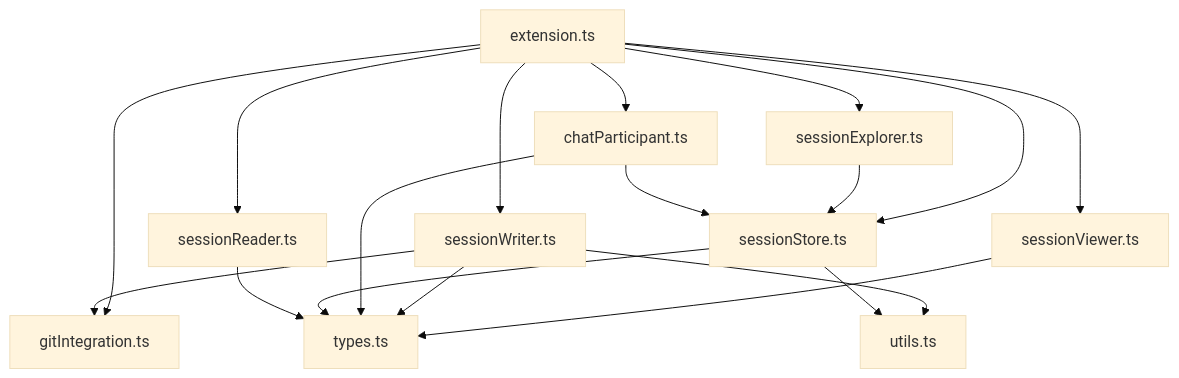
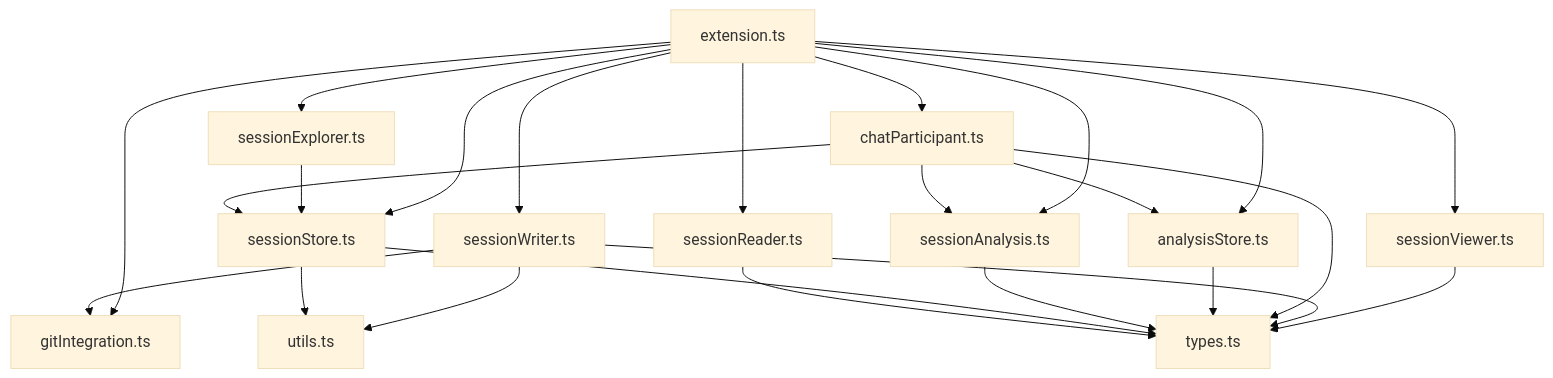
The diagram in wiki/file-manifest.md (Tempuskg/session-control), drawn with Mermaid (base theme) before and after one commit. The commit also changed other lines of this file and 14 other files, not shown here.

````diff
--- a/wiki/file-manifest.md
+++ b/wiki/file-manifest.md
@@ -54,25 +56,32 @@
 ```mermaid
 graph TD
     ext["extension.ts"] --> reader["sessionReader.ts"]
     ext --> writer["sessionWriter.ts"]
     ext --> cp["chatParticipant.ts"]
     ext --> git["gitIntegration.ts"]
     ext --> viewer["sessionViewer.ts"]
     ext --> explorer["sessionExplorer.ts"]
     ext --> store["sessionStore.ts"]
+  ext --> aStore["analysisStore.ts"]
+  ext --> aHelpers["sessionAnalysis.ts"]
 
     viewer --> types
     explorer --> store
 
     writer --> types["types.ts"]
     writer --> git
     writer --> utils["utils.ts"]
 
     cp --> store
+  cp --> aStore
+  cp --> aHelpers
     cp --> types
+
+  aStore --> types
+  aHelpers --> types
 
     store --> types
     store --> utils
 
     reader --> types
 ```
````
